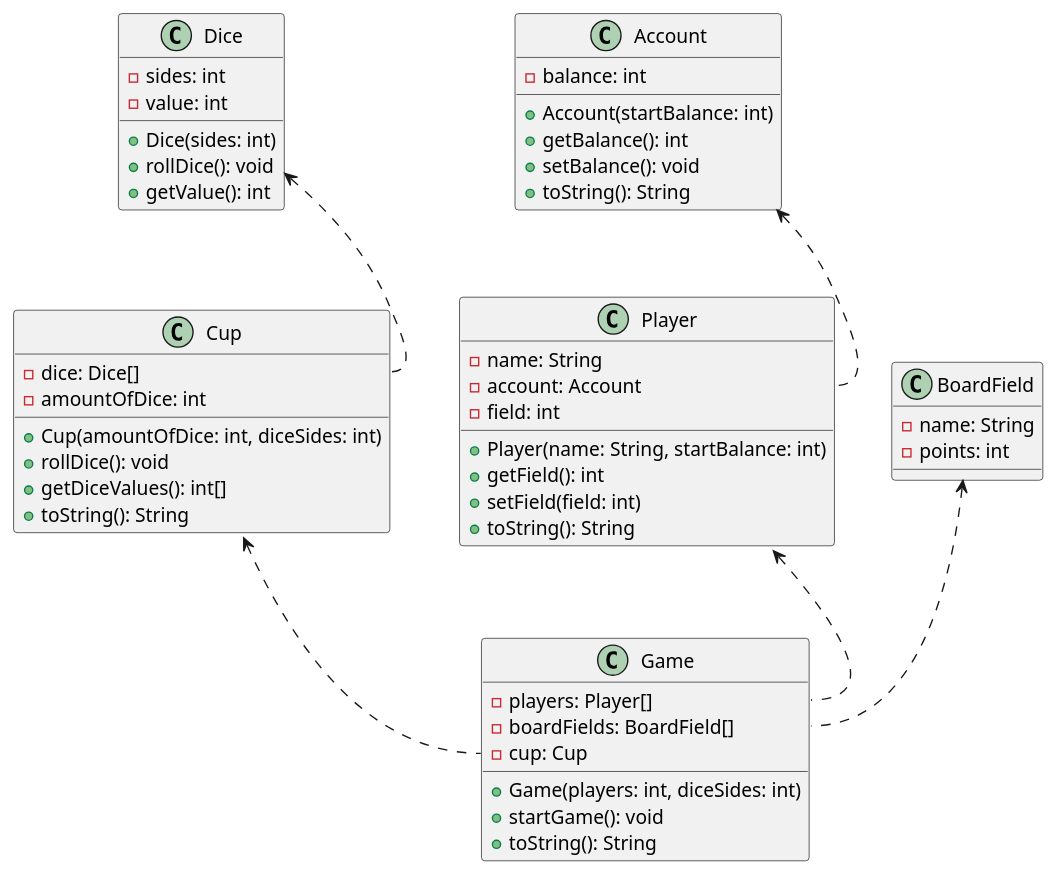
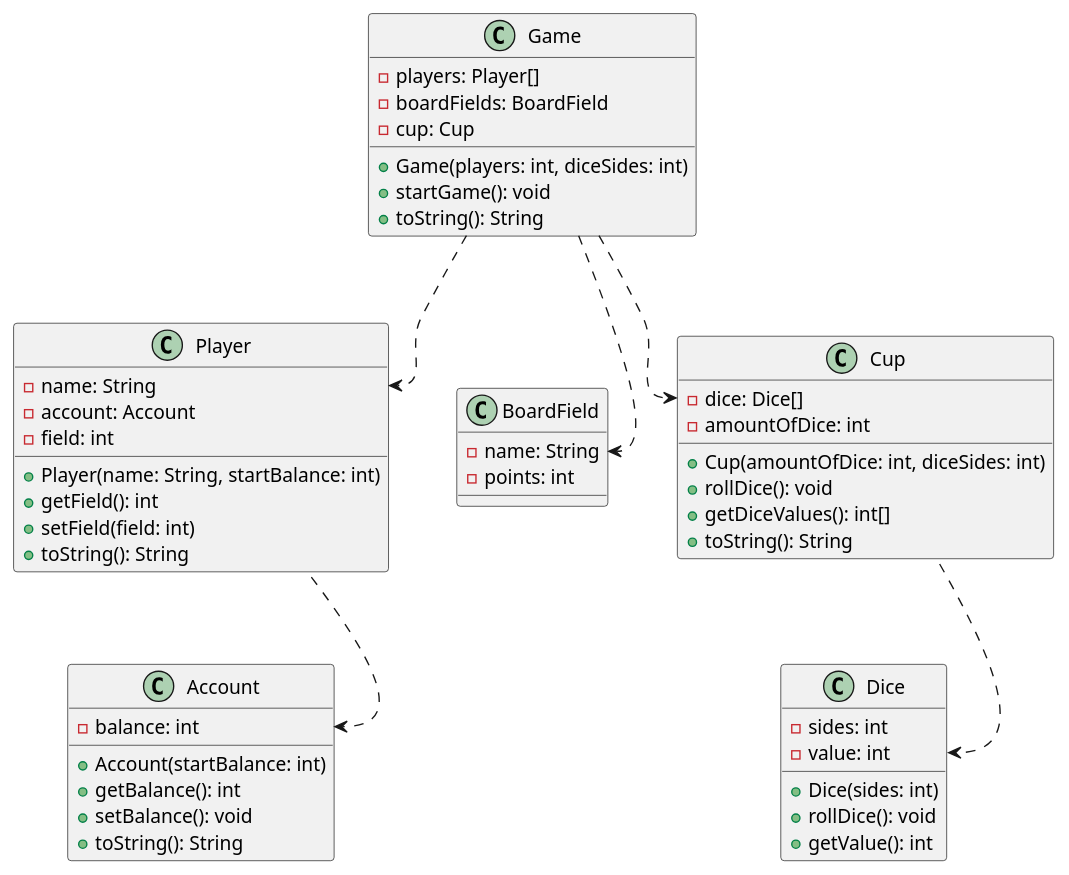
Before and after one commit to CDIO-gruppe-13/CDIO-Del-2: the diagram in class_diagram.wsd, drawn with PlantUML.

Commit message:
Changed orientation

```diff
--- a/class_diagram.wsd
+++ b/class_diagram.wsd
@@ -6,56 +6,58 @@
-@startuml class_diagram
-class Dice {
-    -sides: int
-    -value: int
-    +Dice(sides: int)
-    +rollDice(): void
-    +getValue(): int
-}
+@startuml CDIO del 2 class diagram
+'skinparam classAttributeIconSize 0
 
-class Cup {
-    -dice: Dice[]
-    -amountOfDice: int
-    +Cup(amountOfDice: int, diceSides: int)
-    +rollDice(): void
-    +getDiceValues(): int[]
+class Game {
+    -players: Player[]
+    -boardFields: BoardField
+    -cup: Cup
+    +Game(players: int, diceSides: int)
+    +startGame(): void
     +toString(): String
 }
-Dice <.. Cup::dice
 
 class Player {
     -name: String
     -account: Account
     -field: int
     +Player(name: String, startBalance: int)
     +getField(): int
     +setField(field: int)
     +toString(): String
 }
 
+class BoardField {
+    -name: String
+    -points: int
+}
+
+class Cup {
+    -dice: Dice[]
+    -amountOfDice: int
+    +Cup(amountOfDice: int, diceSides: int)
+    +rollDice(): void
+    +getDiceValues(): int[]
+    +toString(): String
+}
+
+class Dice {
+    -sides: int
+    -value: int
+    +Dice(sides: int)
+    +rollDice(): void
+    +getValue(): int
+}
+
 class Account {
     -balance: int
     +Account(startBalance: int)
     +getBalance(): int
     +setBalance(): void
     +toString(): String
 }
-Account <.. Player::account
 
-class BoardField {
-    -name: String
-    -points: int
-}
-
-class Game {
-    -players: Player[]
-    -boardFields: BoardField[]
-    -cup: Cup
-    +Game(players: int, diceSides: int)
-    +startGame(): void
-    +toString(): String
-}
-BoardField <.. Game::boardFields
-Cup <.. Game::cup
-Player <.. Game::players
-
+Game ..> Player::name
+Game ..> BoardField::name
+Game ..> Cup::dice
+Cup ..> Dice::value
+Player ..> Account::balance
 @enduml
```
